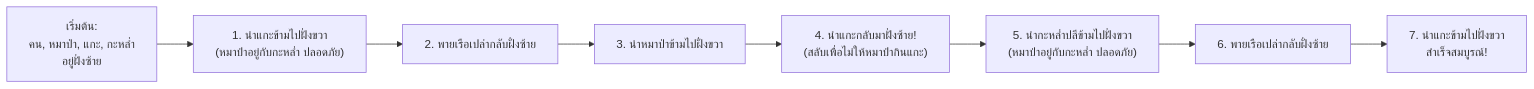
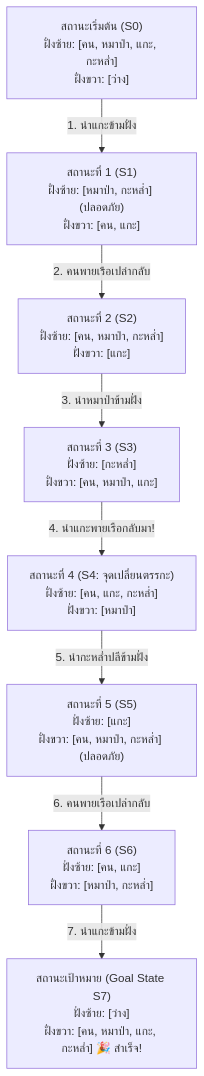
One commit to Tsanaphy2023/computing-science changed the first of 4 diagrams in outlines/book1_chapters/chapter01_logic_and_problem_solving.md. Above: the diagram before and after it, drawn with Mermaid. The commit also changed other lines of this file, not shown here.

````diff
--- a/outlines/book1_chapters/chapter01_logic_and_problem_solving.md
+++ b/outlines/book1_chapters/chapter01_logic_and_problem_solving.md
@@ -31,10 +79,10 @@
 ```mermaid
-graph LR
-    S0["เริ่มต้น:\nคน, หมาป่า, แกะ, กะหล่ำ\nอยู่ฝั่งซ้าย"] --> S1["1. นำแกะข้ามไปฝั่งขวา\n(หมาป่าอยู่กับกะหล่ำ ปลอดภัย)"]
-    S1 --> S2["2. พายเรือเปล่ากลับฝั่งซ้าย"]
-    S2 --> S3["3. นำหมาป่าข้ามไปฝั่งขวา"]
-    S3 --> S4["4. นำแกะกลับมาฝั่งซ้าย!\n(สลับเพื่อไม่ให้หมาป่ากินแกะ)"]
-    S4 --> S5["5. นำกะหล่ำปลีข้ามไปฝั่งขวา\n(หมาป่าอยู่กับกะหล่ำ ปลอดภัย)"]
-    S5 --> S6["6. พายเรือเปล่ากลับฝั่งซ้าย"]
-    S6 --> S7["7. นำแกะข้ามไปฝั่งขวา\nสำเร็จสมบูรณ์!"]
+graph TD
+    S0["สถานะเริ่มต้น (S0)\nฝั่งซ้าย: [คน, หมาป่า, แกะ, กะหล่ำ]\nฝั่งขวา: [ว่าง]"] -->|1. นำแกะข้ามฝั่ง| S1["สถานะที่ 1 (S1)\nฝั่งซ้าย: [หมาป่า, กะหล่ำ] (ปลอดภัย)\nฝั่งขวา: [คน, แกะ]"]
+    S1 -->|2. คนพายเรือเปล่ากลับ| S2["สถานะที่ 2 (S2)\nฝั่งซ้าย: [คน, หมาป่า, กะหล่ำ]\nฝั่งขวา: [แกะ]"]
+    S2 -->|3. นำหมาป่าข้ามฝั่ง| S3["สถานะที่ 3 (S3)\nฝั่งซ้าย: [กะหล่ำ]\nฝั่งขวา: [คน, หมาป่า, แกะ]"]
+    S3 -->|4. นำแกะพายเรือกลับมา!| S4["สถานะที่ 4 (S4: จุดเปลี่ยนตรรกะ)\nฝั่งซ้าย: [คน, แกะ, กะหล่ำ]\nฝั่งขวา: [หมาป่า]"]
+    S4 -->|5. นำกะหล่ำปลีข้ามฝั่ง| S5["สถานะที่ 5 (S5)\nฝั่งซ้าย: [แกะ]\nฝั่งขวา: [คน, หมาป่า, กะหล่ำ] (ปลอดภัย)"]
+    S5 -->|6. คนพายเรือเปล่ากลับ| S6["สถานะที่ 6 (S6)\nฝั่งซ้าย: [คน, แกะ]\nฝั่งขวา: [หมาป่า, กะหล่ำ]"]
+    S6 -->|7. นำแกะข้ามฝั่ง| S7["สถานะเป้าหมาย (Goal State S7)\nฝั่งซ้าย: [ว่าง]\nฝั่งขวา: [คน, หมาป่า, แกะ, กะหล่ำ] 🎉 สำเร็จ!"]
 ```
````
